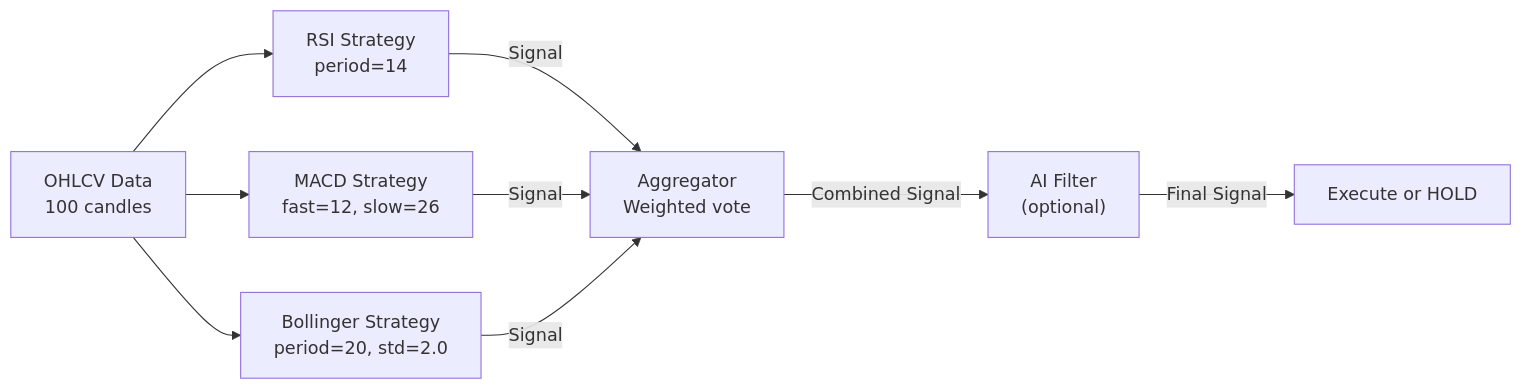
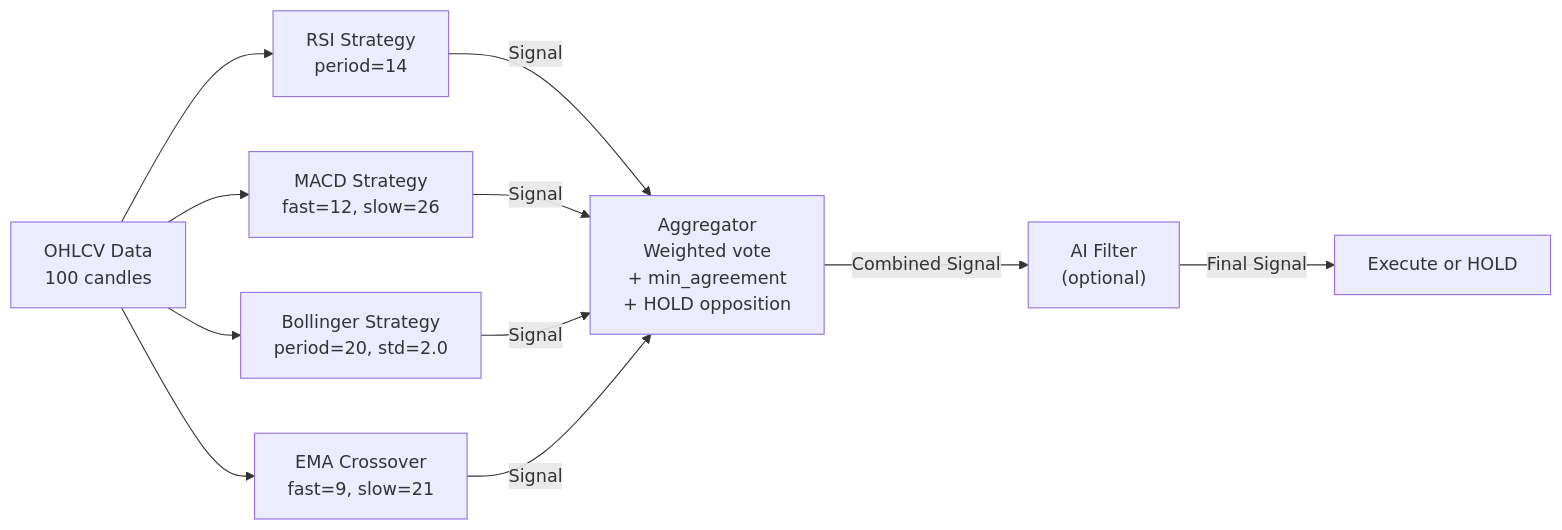
One commit to tarmosalong/tradingbot changed the sixth of 18 diagrams in README.md. Above: the diagram before and after it, drawn with Mermaid. The commit also changed other lines of this file and 14 other files, not shown here.

First line of the commit message:
feat(strategy): add EMA crossover strategy and harden signal aggregator

````diff
--- a/README.md
+++ b/README.md
@@ -441,13 +451,15 @@
 ```mermaid
 graph LR
     OHLCV[OHLCV Data<br/>100 candles] --> RSI["RSI Strategy<br/>period=14"]
     OHLCV --> MACD["MACD Strategy<br/>fast=12, slow=26"]
     OHLCV --> BOLL["Bollinger Strategy<br/>period=20, std=2.0"]
+    OHLCV --> EMA_S["EMA Crossover<br/>fast=9, slow=21"]
 
-    RSI --> |"Signal"| AGG["Aggregator<br/>Weighted vote"]
+    RSI --> |"Signal"| AGG["Aggregator<br/>Weighted vote<br/>+ min_agreement<br/>+ HOLD opposition"]
     MACD --> |"Signal"| AGG
     BOLL --> |"Signal"| AGG
+    EMA_S --> |"Signal"| AGG
 
     AGG --> |"Combined Signal"| FILTER["AI Filter<br/>(optional)"]
     FILTER --> |"Final Signal"| EXEC["Execute or HOLD"]
 ```
````
